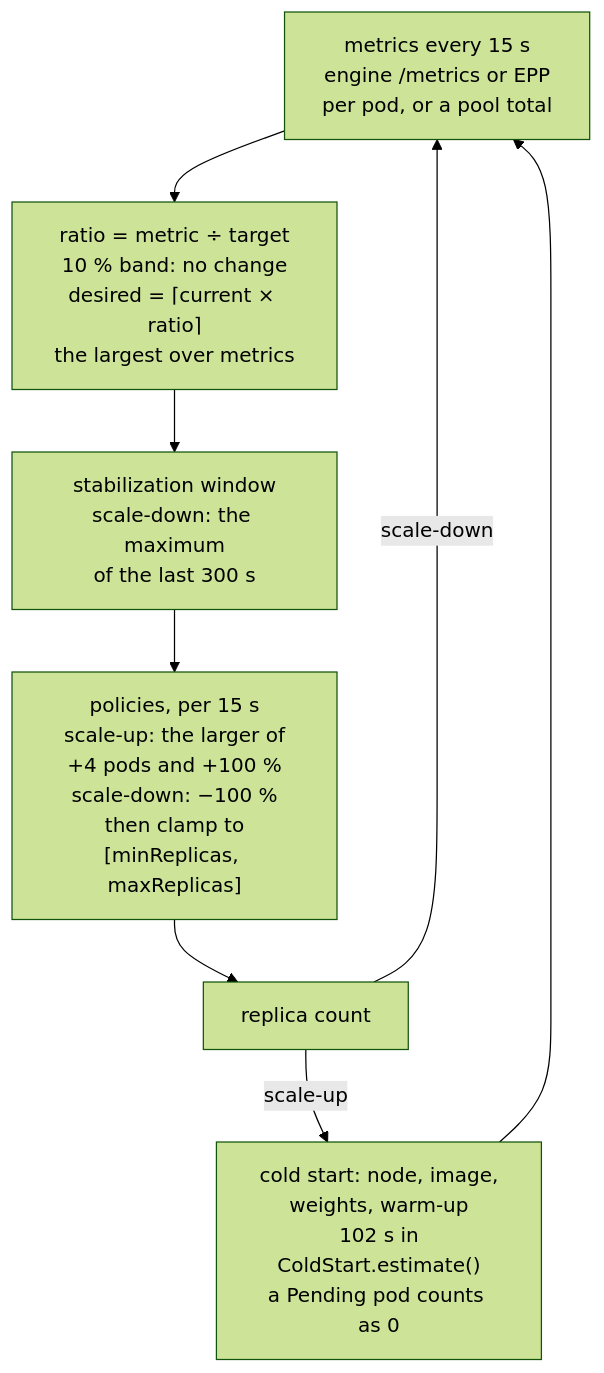
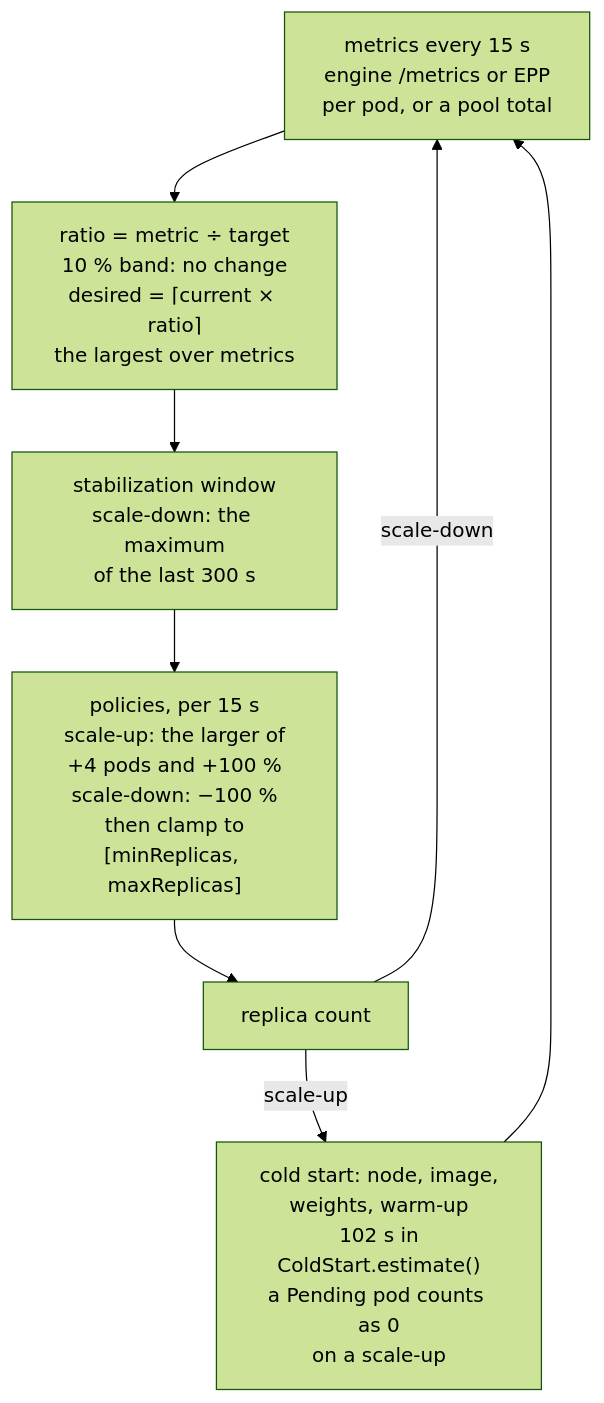
Before and after one commit to aniryou/full-stack-agentic-engineer: the second of 3 diagrams in 05-orchestrator/serving-orchestration/PRIMER.md, drawn with Mermaid (forest theme). The commit also changed other lines of this file and 29 other files, not shown here.

````diff
--- a/05-orchestrator/serving-orchestration/PRIMER.md
+++ b/05-orchestrator/serving-orchestration/PRIMER.md
@@ -458,10 +460,10 @@
 ```mermaid
 flowchart TB
     M["metrics every 15 s<br/>engine /metrics or EPP<br/>per pod, or a pool total"] --> R["ratio = metric ÷ target<br/>10 % band: no change<br/>desired = ⌈current × ratio⌉<br/>the largest over metrics"]
     R --> S["stabilization window<br/>scale-down: the maximum<br/>of the last 300 s"]
     S --> P["policies, per 15 s<br/>scale-up: the larger of<br/>+4 pods and +100 %<br/>scale-down: −100 %<br/>then clamp to<br/>[minReplicas, maxReplicas]"]
     P --> N["replica count"]
-    N -- "scale-up" --> K["cold start: node, image,<br/>weights, warm-up<br/>102 s in<br/>ColdStart.estimate()<br/>a Pending pod counts as 0"]
+    N -- "scale-up" --> K["cold start: node, image,<br/>weights, warm-up<br/>102 s in<br/>ColdStart.estimate()<br/>a Pending pod counts as 0<br/>on a scale-up"]
     K --> M
     N -- "scale-down" --> M
 ```
````
